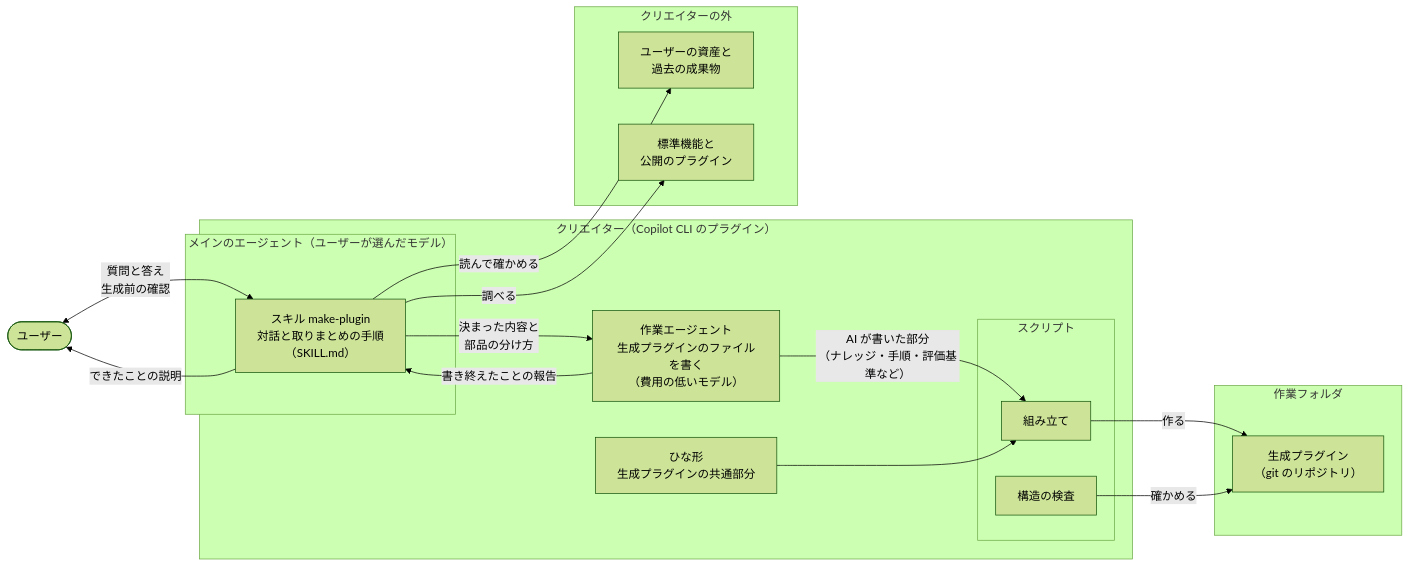
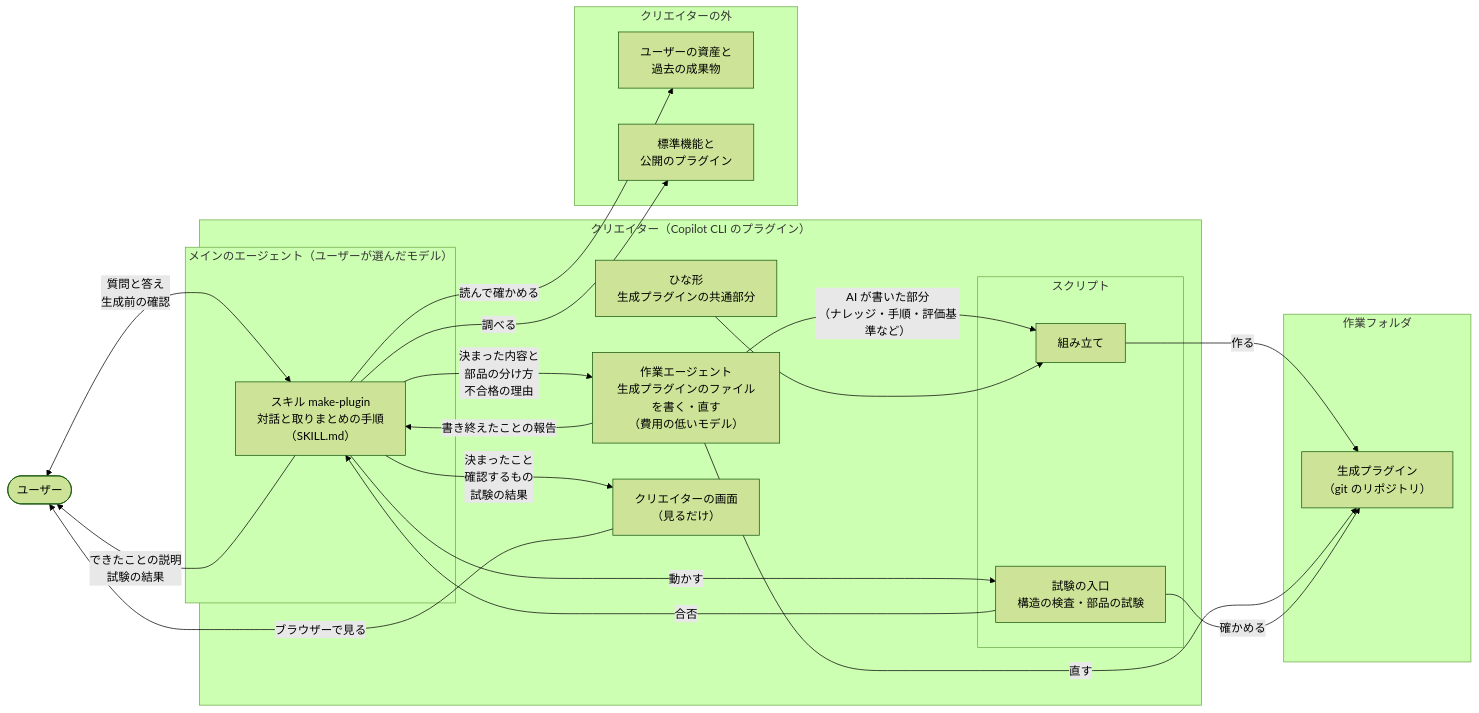
One commit to imaeda-hub/plugin-creater changed the first of 2 diagrams in docs/design/creator-structure.md. Above: the diagram before and after it, drawn with Mermaid (forest theme). The commit also changed other lines of this file and 3 other files, not shown here.

````diff
--- a/docs/design/creator-structure.md
+++ b/docs/design/creator-structure.md
@@ -9,36 +11,42 @@
 ```mermaid
 flowchart LR
   user(["ユーザー"])
 
   subgraph creator["クリエイター（Copilot CLI のプラグイン）"]
     subgraph main["メインのエージェント（ユーザーが選んだモデル）"]
       skill["スキル make-plugin<br/>対話と取りまとめの手順<br/>（SKILL.md）"]
     end
-    worker["作業エージェント<br/>生成プラグインのファイルを書く<br/>（費用の低いモデル）"]
+    worker["作業エージェント<br/>生成プラグインのファイルを書く・直す<br/>（費用の低いモデル）"]
     subgraph scripts["スクリプト"]
       scaffold["組み立て"]
-      check["構造の検査"]
+      entry["試験の入口<br/>構造の検査・部品の試験"]
     end
     template["ひな形<br/>生成プラグインの共通部分"]
+    screen["クリエイターの画面<br/>（見るだけ）"]
   end
 
   subgraph outside["クリエイターの外"]
     files["ユーザーの資産と<br/>過去の成果物"]
     oss["標準機能と<br/>公開のプラグイン"]
   end
 
   subgraph out["作業フォルダ"]
     gen["生成プラグイン<br/>（git のリポジトリ）"]
   end
 
   user <-->|"質問と答え<br/>生成前の確認"| skill
   skill -->|"読んで確かめる"| files
   skill -->|"調べる"| oss
-  skill -->|"決まった内容と<br/>部品の分け方"| worker
+  skill -->|"決まったこと<br/>確認するもの<br/>試験の結果"| screen
+  screen -->|"ブラウザーで見る"| user
+  skill -->|"決まった内容と<br/>部品の分け方<br/>不合格の理由"| worker
   worker -->|"書き終えたことの報告"| skill
   worker -->|"AI が書いた部分<br/>（ナレッジ・手順・評価基準など）"| scaffold
   template --> scaffold
   scaffold -->|"作る"| gen
-  check -->|"確かめる"| gen
-  skill -->|"できたことの説明"| user
+  worker -->|"直す"| gen
+  skill -->|"動かす"| entry
+  entry -->|"確かめる"| gen
+  entry -->|"合否"| skill
+  skill -->|"できたことの説明<br/>試験の結果"| user
 ```
````
